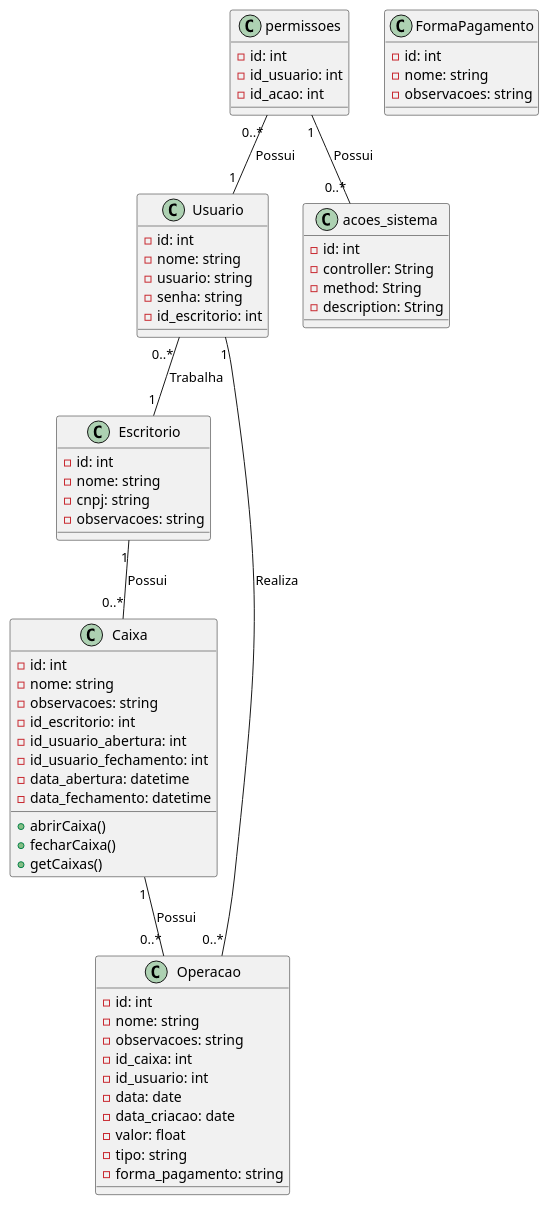
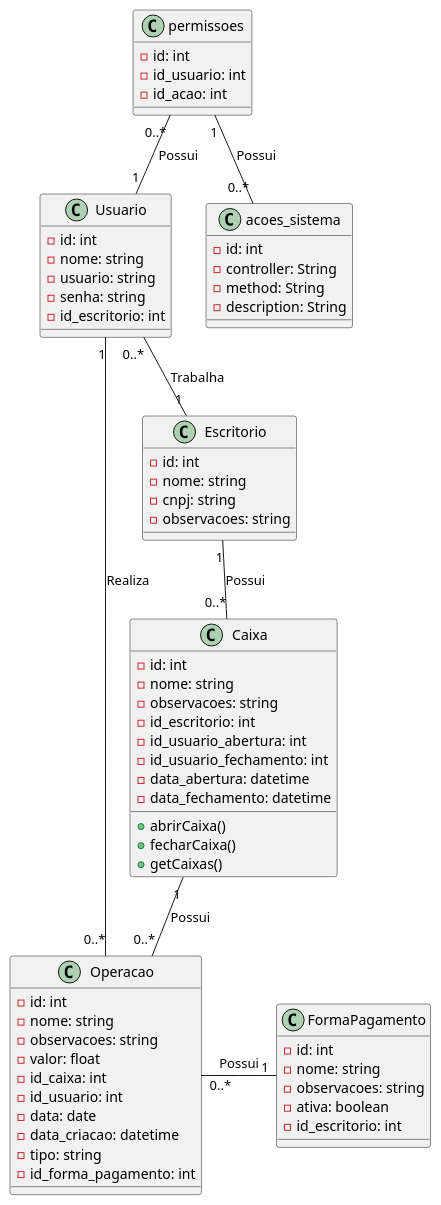
Before and after one commit to arthurrogado/fluxocaixa: the diagram in diagramas/classes.plantuml, drawn with PlantUML. The commit also changed 10 other files, not shown here.

```diff
--- a/diagramas/classes.plantuml
+++ b/diagramas/classes.plantuml
@@ -1,75 +1,79 @@
 @startuml
 
 class Usuario {
     - id: int
     - nome: string
     - usuario: string
     - senha: string
     - id_escritorio: int
 
 }
 
 class Escritorio {
     - id: int
     - nome: string
     - cnpj: string
     - observacoes: string
 }
 
 class acoes_sistema {
     - id: int
     - controller: String
     - method: String
     - description: String
 }
 
 class permissoes {
     - id: int
     - id_usuario: int
     - id_acao: int
 }
 
 class Caixa {
     - id: int
     - nome: string
     - observacoes: string
     - id_escritorio: int
     - id_usuario_abertura: int
     - id_usuario_fechamento: int
     - data_abertura: datetime
     - data_fechamento: datetime
 
     + abrirCaixa()
     + fecharCaixa()
     + getCaixas()
 }
 
 class Operacao {
     - id: int
     - nome: string
     - observacoes: string
+    - valor: float
     - id_caixa: int
     - id_usuario: int
     - data: date
-    - data_criacao: date
-    - valor: float
+    - data_criacao: datetime
     - tipo: string
-    - forma_pagamento: string
+    - id_forma_pagamento: int
 }
 
 class FormaPagamento {
     - id: int
     - nome: string
     - observacoes: string
+    - ativa: boolean
+    - id_escritorio: int
 }
 
 permissoes "1" -- "0..*" acoes_sistema: Possui
 permissoes "0..*" -- "1" Usuario: Possui
 
 Usuario "0..* " -- "1" Escritorio : Trabalha
 Usuario "1" -- "0..*" Operacao: Realiza
 
 Escritorio "1" -- "0..*" Caixa: Possui
 Caixa "1" -- "0..*" Operacao: Possui
 
+Operacao "0..*" - "1" FormaPagamento: Possui
+
 @enduml
```
